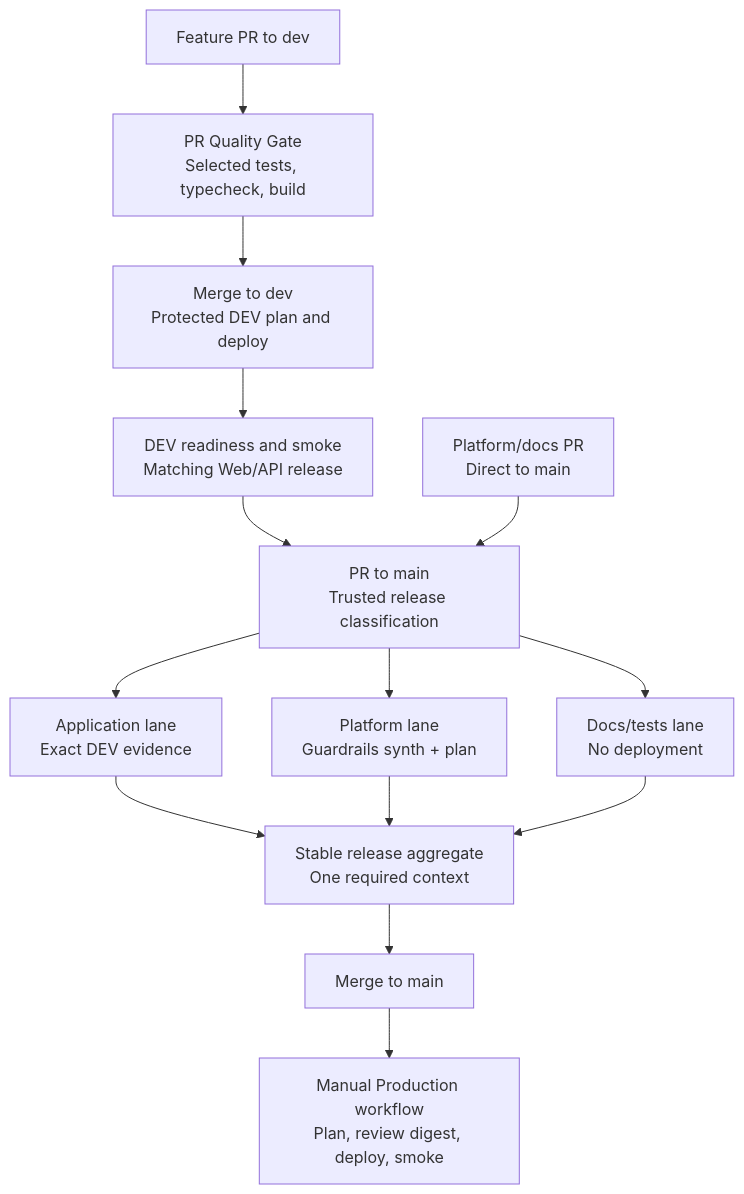
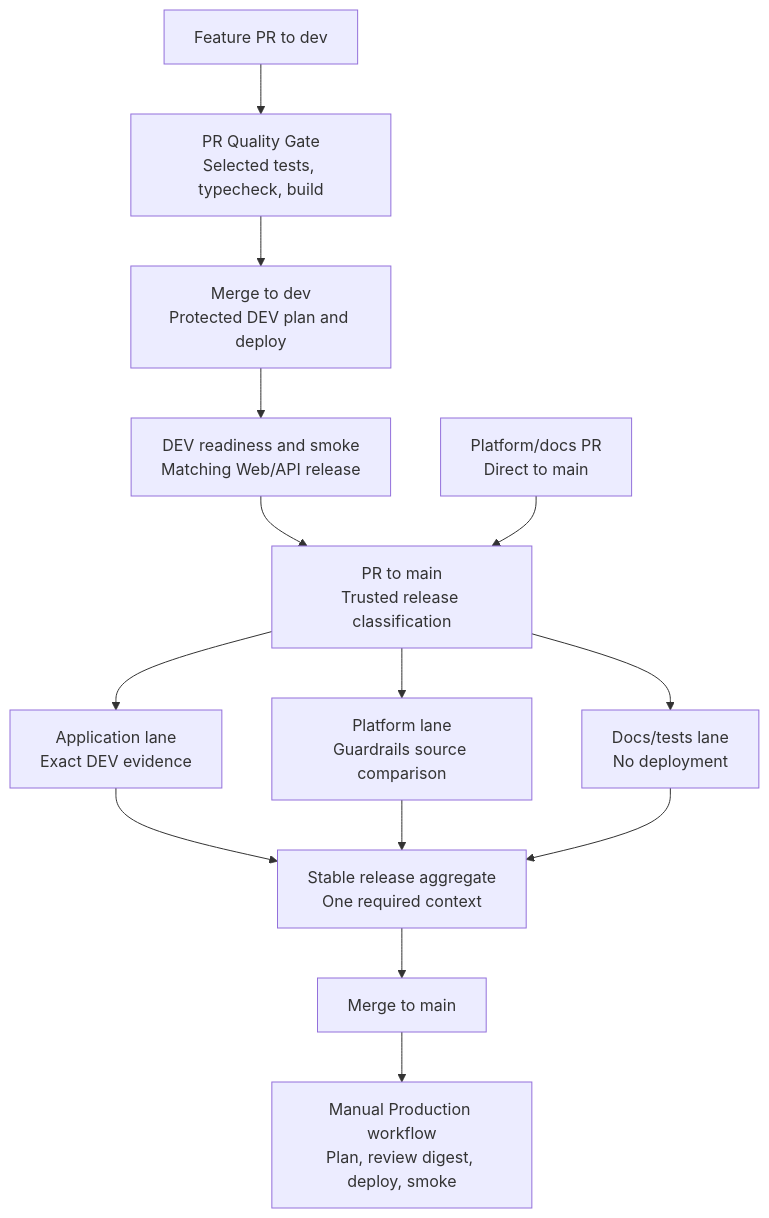
Before and after one commit to Shaobangzhu/chaoran-property-intelligence: the third of 4 diagrams in README.md, drawn with Mermaid. The commit also changed other lines of this file and 7 other files, not shown here.

Commit message:
fix(ci): make Guardrails PR comparison credential-free

````diff
--- a/README.md
+++ b/README.md
@@ -247,22 +247,22 @@
 ```mermaid
 flowchart TD
     Feature["Feature PR to dev"]
     Quality["PR Quality Gate<br/>Selected tests, typecheck, build"]
     Dev["Merge to dev<br/>Protected DEV plan and deploy"]
     Verify["DEV readiness and smoke<br/>Matching Web/API release"]
     Classify["PR to main<br/>Trusted release classification"]
     Direct["Platform/docs PR<br/>Direct to main"]
     Promote["Stable release aggregate<br/>One required context"]
     Application["Application lane<br/>Exact DEV evidence"]
-    Platform["Platform lane<br/>Guardrails synth + plan"]
+    Platform["Platform lane<br/>Guardrails source comparison"]
     Docs["Docs/tests lane<br/>No deployment"]
     Main["Merge to main"]
     Prod["Manual Production workflow<br/>Plan, review digest, deploy, smoke"]
 
     Feature --> Quality --> Dev --> Verify --> Classify
     Direct --> Classify
     Classify --> Application --> Promote
     Classify --> Platform --> Promote
     Classify --> Docs --> Promote
     Promote --> Main --> Prod
 ```
````
